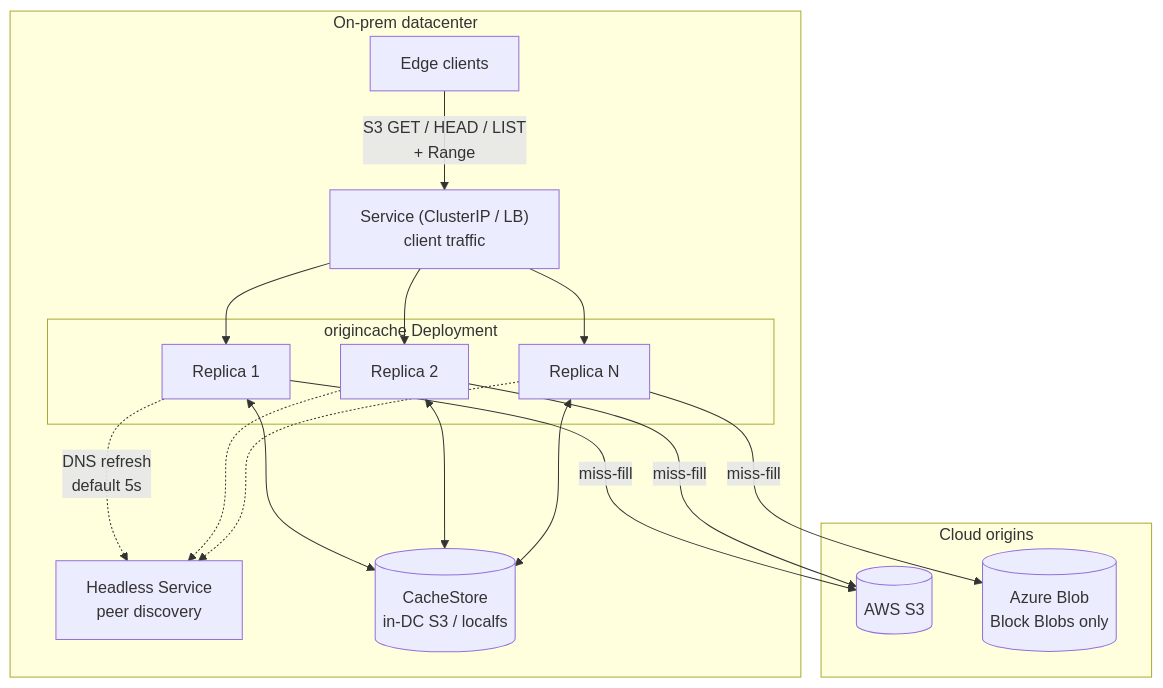
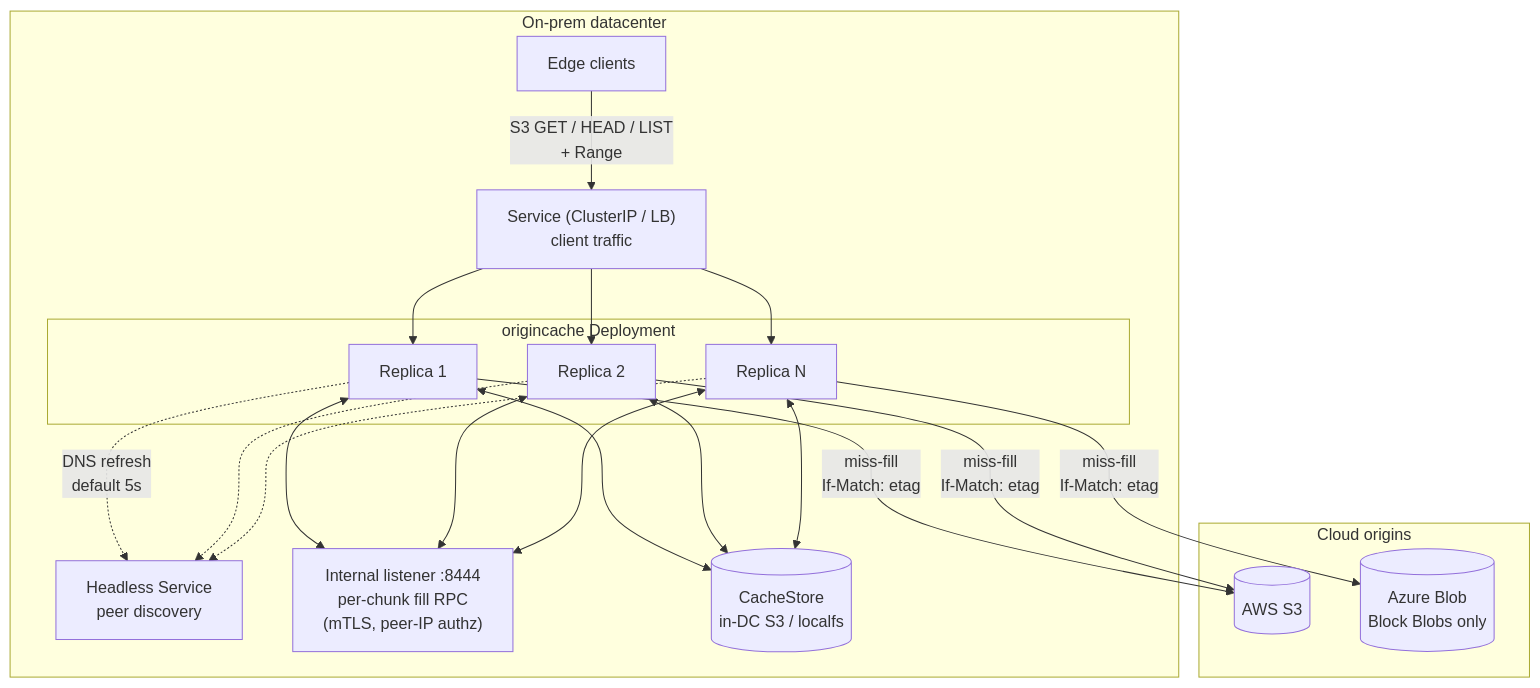
Before and after one commit to Azure/unbounded: the first of 11 diagrams in designdocs/origincache/design.md, drawn with Mermaid. The commit also changed other lines of this file, not shown here.

````diff
--- a/designdocs/origincache/design.md
+++ b/designdocs/origincache/design.md
@@ -57,31 +64,35 @@
 ```mermaid
 graph TB
     subgraph DC["On-prem datacenter"]
         Clients["Edge clients"]
         Service["Service (ClusterIP / LB)<br/>client traffic"]
         subgraph Replicas["origincache Deployment"]
             R1["Replica 1"]
             R2["Replica 2"]
             R3["Replica N"]
         end
         Headless["Headless Service<br/>peer discovery"]
+        Internal["Internal listener :8444<br/>per-chunk fill RPC<br/>(mTLS, peer-IP authz)"]
         CS[("CacheStore<br/>in-DC S3 / localfs")]
     end
     subgraph Cloud["Cloud origins"]
         S3[("AWS S3")]
         Azure[("Azure Blob<br/>Block Blobs only")]
     end
     Clients -- "S3 GET / HEAD / LIST<br/>+ Range" --> Service
     Service --> R1
     Service --> R2
     Service --> R3
     R1 -. "DNS refresh<br/>default 5s" .-> Headless
     R2 -.-> Headless
     R3 -.-> Headless
+    R1 <--> Internal
+    R2 <--> Internal
+    R3 <--> Internal
     R1 <--> CS
     R2 <--> CS
     R3 <--> CS
-    R1 -- "miss-fill" --> S3
-    R2 -- "miss-fill" --> S3
-    R3 -- "miss-fill" --> Azure
+    R1 -- "miss-fill<br/>If-Match: etag" --> S3
+    R2 -- "miss-fill<br/>If-Match: etag" --> S3
+    R3 -- "miss-fill<br/>If-Match: etag" --> Azure
 ```
````
